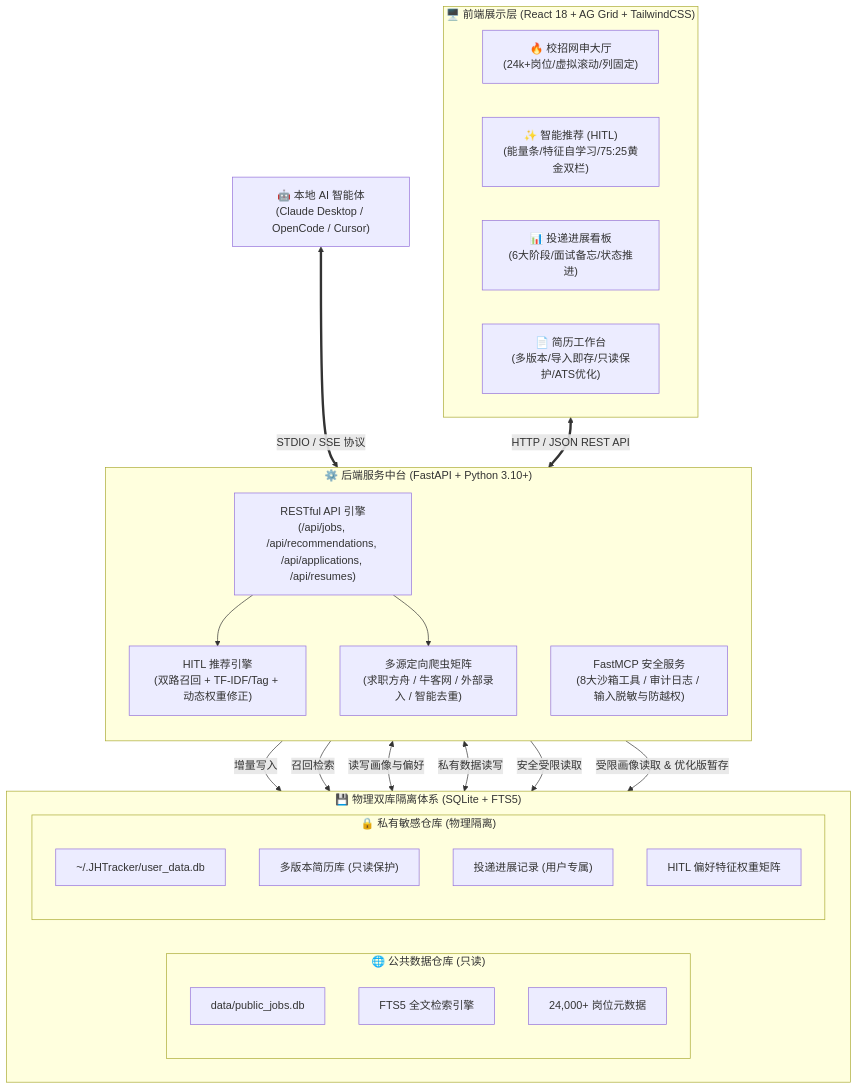
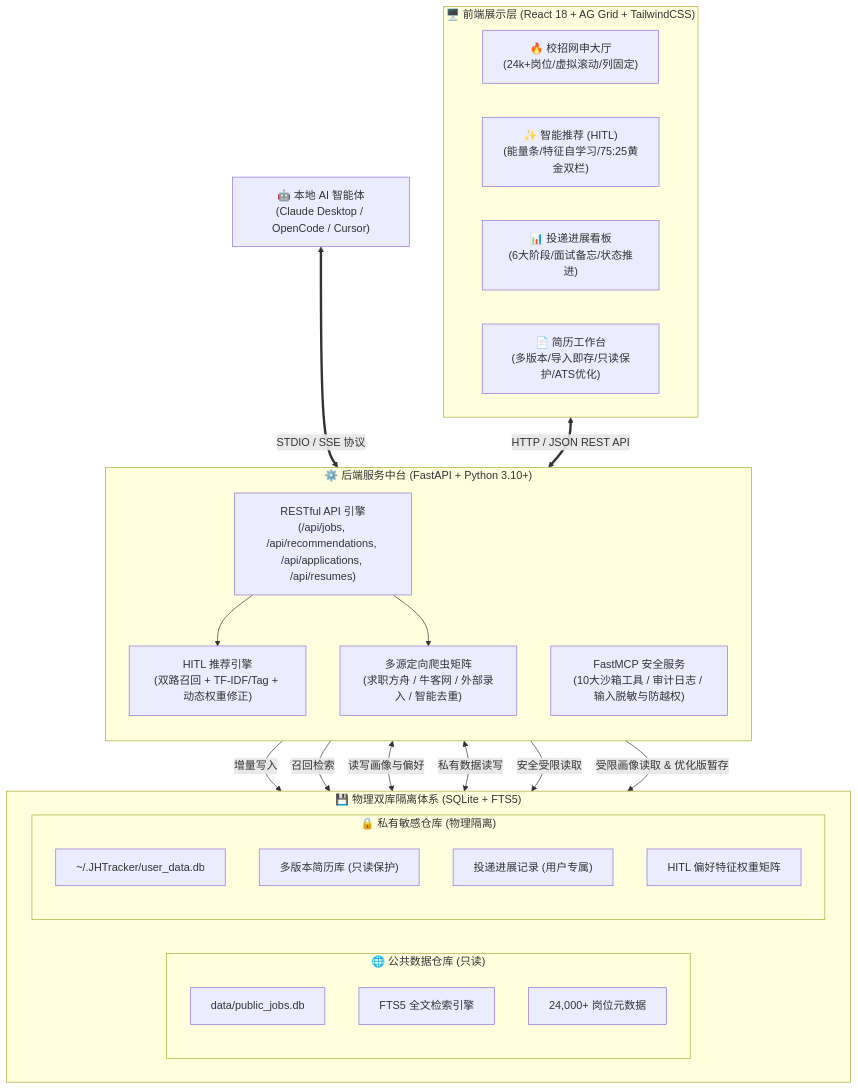
One commit to wangyh775/JHTracker changed the first of 2 diagrams in docs/README.md. Above: the diagram before and after it, drawn with Mermaid. The commit also changed other lines of this file and 64 other files, not shown here.

````diff
--- a/docs/README.md
+++ b/docs/README.md
@@ -11,45 +11,45 @@
 ```mermaid
 graph TB
     subgraph UI ["🖥️ 前端展示层 (React 18 + AG Grid + TailwindCSS)"]
         direction LR
         Tab1["🔥 校招网申大厅<br/>(24k+岗位/虚拟滚动/列固定)"]
         Tab2["✨ 智能推荐 (HITL)<br/>(能量条/特征自学习/75:25黄金双栏)"]
         Tab3["📊 投递进展看板<br/>(6大阶段/面试备忘/状态推进)"]
         Tab4["📄 简历工作台<br/>(多版本/导入即存/只读保护/ATS优化)"]
     end
 
     subgraph Service ["⚙️ 后端服务中台 (FastAPI + Python 3.10+)"]
         direction TB
         APIs["RESTful API 引擎<br/>(/api/jobs, /api/recommendations, /api/applications, /api/resumes)"]
         RecEngine["HITL 推荐引擎<br/>(双路召回 + TF-IDF/Tag + 动态权重修正)"]
         Spiders["多源定向爬虫矩阵<br/>(求职方舟 / 牛客网 / 外部录入 / 智能去重)"]
-        MCP["FastMCP 安全服务<br/>(8大沙箱工具 / 审计日志 / 输入脱敏与防越权)"]
+        MCP["FastMCP 安全服务<br/>(10大沙箱工具 / 审计日志 / 输入脱敏与防越权)"]
     end
 
     subgraph Storage ["💾 物理双库隔离体系 (SQLite + FTS5)"]
         direction LR
         subgraph PublicDB ["🌐 公共数据仓库 (只读)"]
             P1["data/public_jobs.db"]
             P2["FTS5 全文检索引擎"]
             P3["24,000+ 岗位元数据"]
         end
         subgraph UserDB ["🔒 私有敏感仓库 (物理隔离)"]
             U1["~/.JHTracker/user_data.db"]
             U2["多版本简历库 (只读保护)"]
             U3["投递进展记录 (用户专属)"]
             U4["HITL 偏好特征权重矩阵"]
         end
     end
 
     UI <==>|HTTP / JSON REST API| APIs
     APIs --> RecEngine
     APIs --> Spiders
     Spiders -->|增量写入| PublicDB
     RecEngine -->|召回检索| PublicDB
     RecEngine <-->|读写画像与偏好| UserDB
     APIs <-->|私有数据读写| UserDB
 
     ExternalAgent["🤖 本地 AI 智能体<br/>(Claude Desktop / OpenCode / Cursor)"] <==>|STDIO / SSE 协议| MCP
     MCP -->|安全受限读取| PublicDB
     MCP -->|受限画像读取 & 优化版暂存| UserDB
 ```
````
